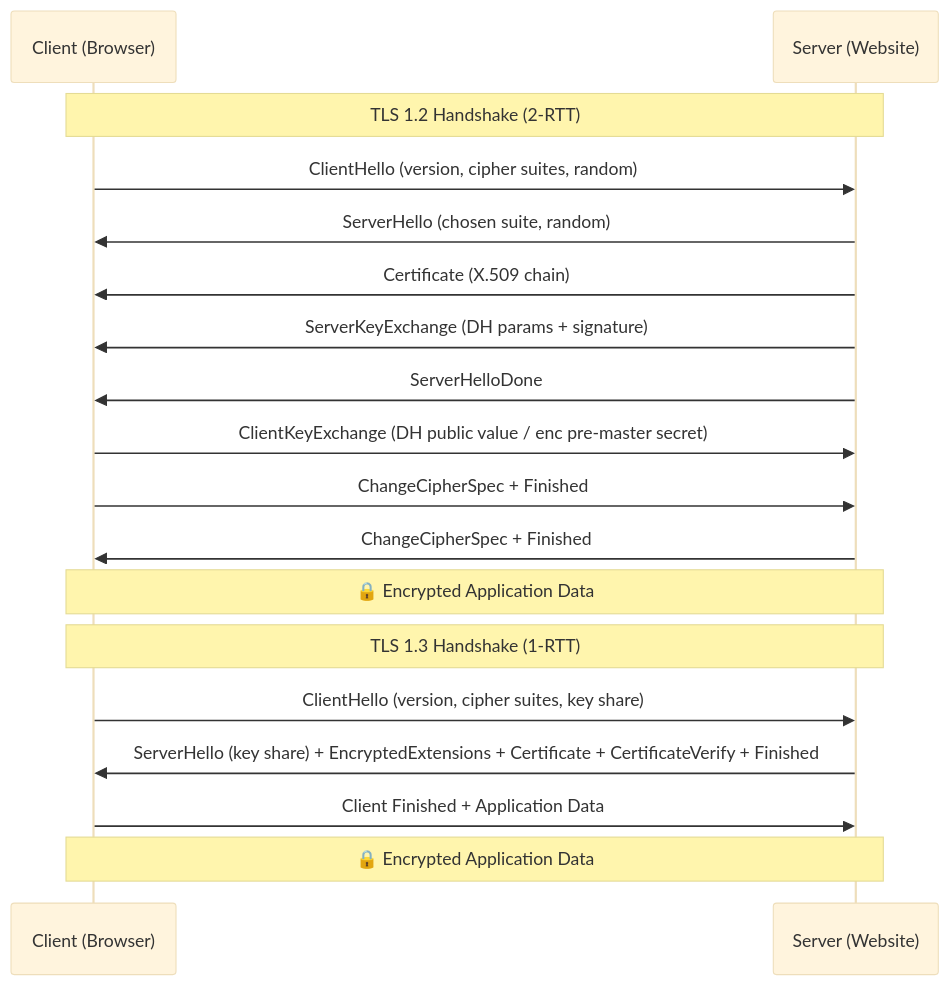
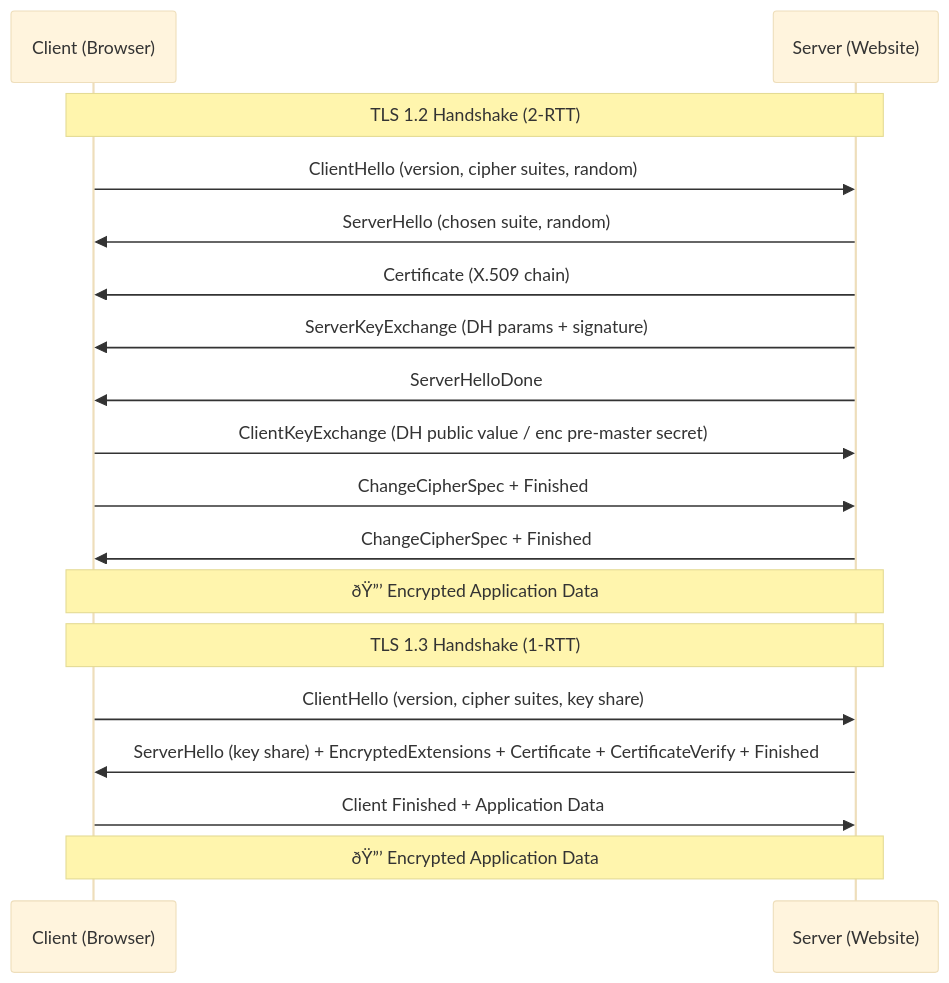
One commit to Raushan666java/ai-engineering-journey changed the third of 5 diagrams in docs/courses/information-security/02-network-security.md. Above: the diagram before and after it, drawn with Mermaid (base theme). The commit also changed other lines of this file and 735 other files, not shown here.

````diff
--- a/docs/courses/information-security/02-network-security.md
+++ b/docs/courses/information-security/02-network-security.md
@@ -259,20 +259,20 @@
 ```mermaid
 sequenceDiagram
     participant Client as Client (Browser)
     participant Server as Server (Website)
     Note over Client,Server: TLS 1.2 Handshake (2-RTT)
     Client->>Server: ClientHello (version, cipher suites, random)
     Server->>Client: ServerHello (chosen suite, random)
     Server->>Client: Certificate (X.509 chain)
     Server->>Client: ServerKeyExchange (DH params + signature)
     Server->>Client: ServerHelloDone
     Client->>Server: ClientKeyExchange (DH public value / enc pre-master secret)
     Client->>Server: ChangeCipherSpec + Finished
     Server->>Client: ChangeCipherSpec + Finished
-    Note over Client,Server: 🔒 Encrypted Application Data
+    Note over Client,Server: ðŸ”’ Encrypted Application Data
     Note over Client,Server: TLS 1.3 Handshake (1-RTT)
     Client->>Server: ClientHello (version, cipher suites, key share)
     Server->>Client: ServerHello (key share) + EncryptedExtensions + Certificate + CertificateVerify + Finished
     Client->>Server: Client Finished + Application Data
-    Note over Client,Server: 🔒 Encrypted Application Data
+    Note over Client,Server: ðŸ”’ Encrypted Application Data
 ```
````
